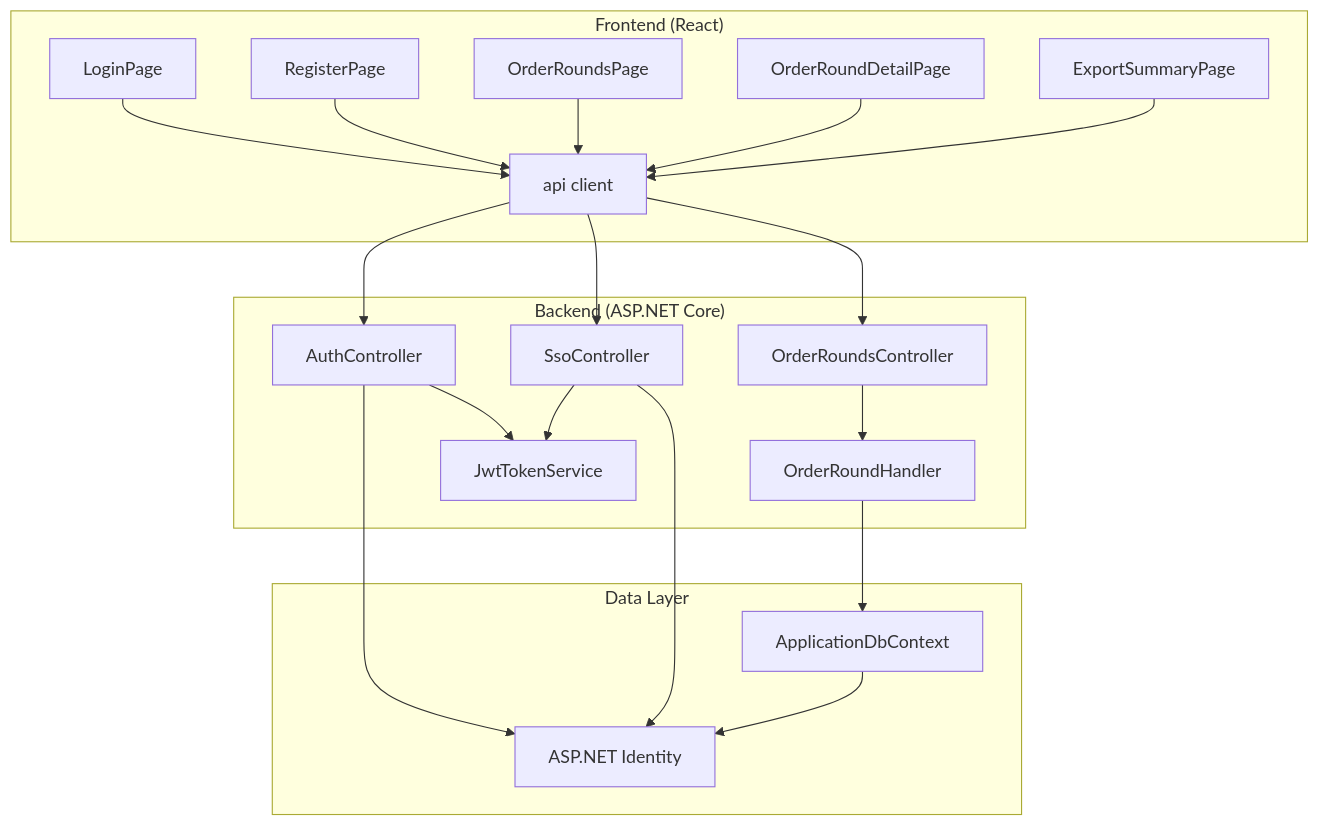
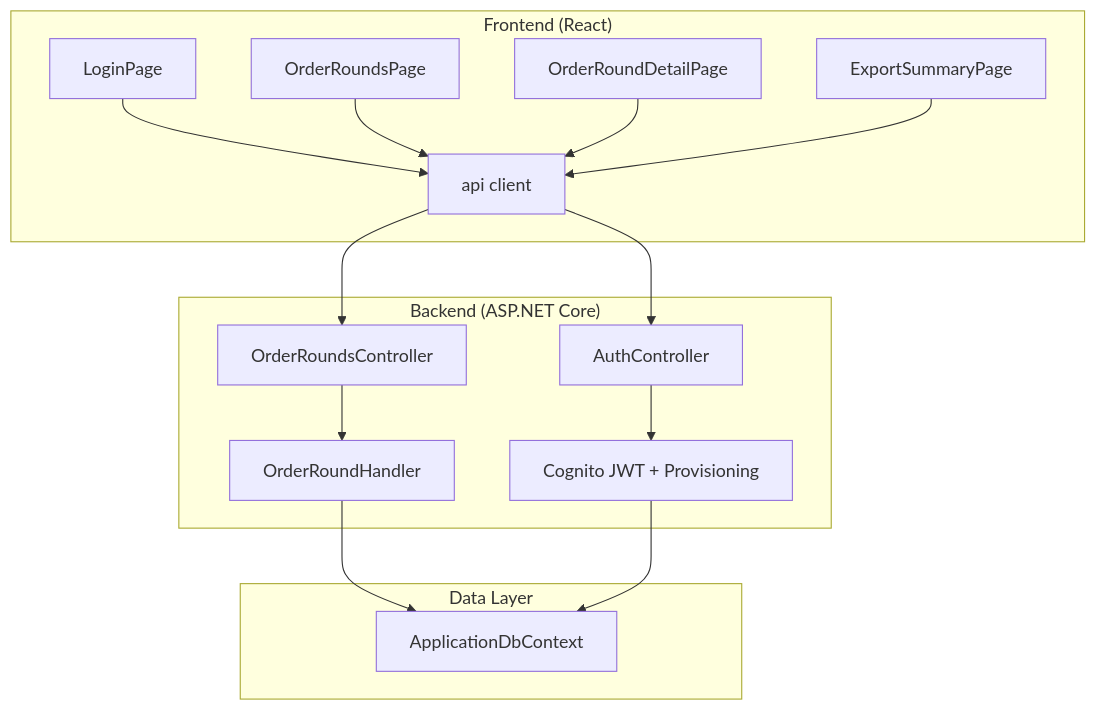
One commit to Ahmed-Shehzad/MIRA changed diagram 11 of 14 in docs/system-architecture-diagrams.md. Above: the diagram before and after it, drawn with Mermaid. The commit also changed other lines of this file and 188 other files, not shown here.

````diff
--- a/docs/system-architecture-diagrams.md
+++ b/docs/system-architecture-diagrams.md
@@ -384,40 +299,32 @@
 ```mermaid
 flowchart TB
     subgraph Frontend["Frontend (React)"]
         Login[LoginPage]
-        Register[RegisterPage]
         RoundsList[OrderRoundsPage]
         Detail[OrderRoundDetailPage]
         Export[ExportSummaryPage]
         Api[api client]
     end
 
     subgraph Backend["Backend (ASP.NET Core)"]
         AuthCtrl[AuthController]
-        SsoCtrl[SsoController]
         RoundsCtrl[OrderRoundsController]
         Handler[OrderRoundHandler]
-        Jwt[JwtTokenService]
+        Cognito[Cognito JWT + Provisioning]
     end
 
     subgraph Data["Data Layer"]
         Db[ApplicationDbContext]
-        Identity[ASP.NET Identity]
     end
 
     Login --> Api
-    Register --> Api
     RoundsList --> Api
     Detail --> Api
     Export --> Api
     Api --> AuthCtrl
-    Api --> SsoCtrl
     Api --> RoundsCtrl
-    AuthCtrl --> Jwt
-    AuthCtrl --> Identity
-    SsoCtrl --> Jwt
-    SsoCtrl --> Identity
+    AuthCtrl --> Cognito
     RoundsCtrl --> Handler
     Handler --> Db
-    Db --> Identity
+    Cognito --> Db
 ```
````
